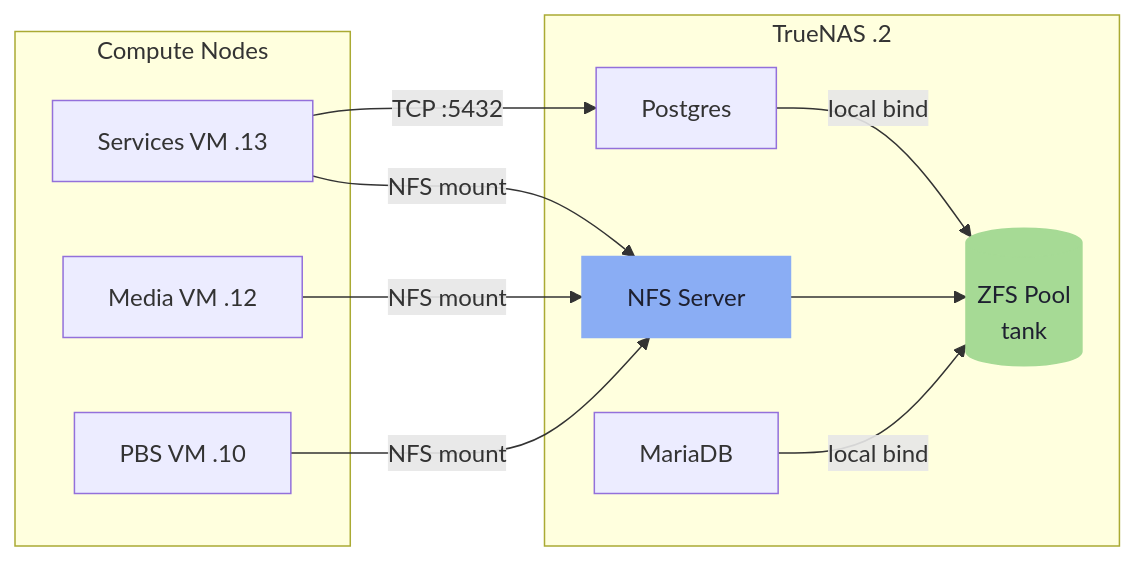
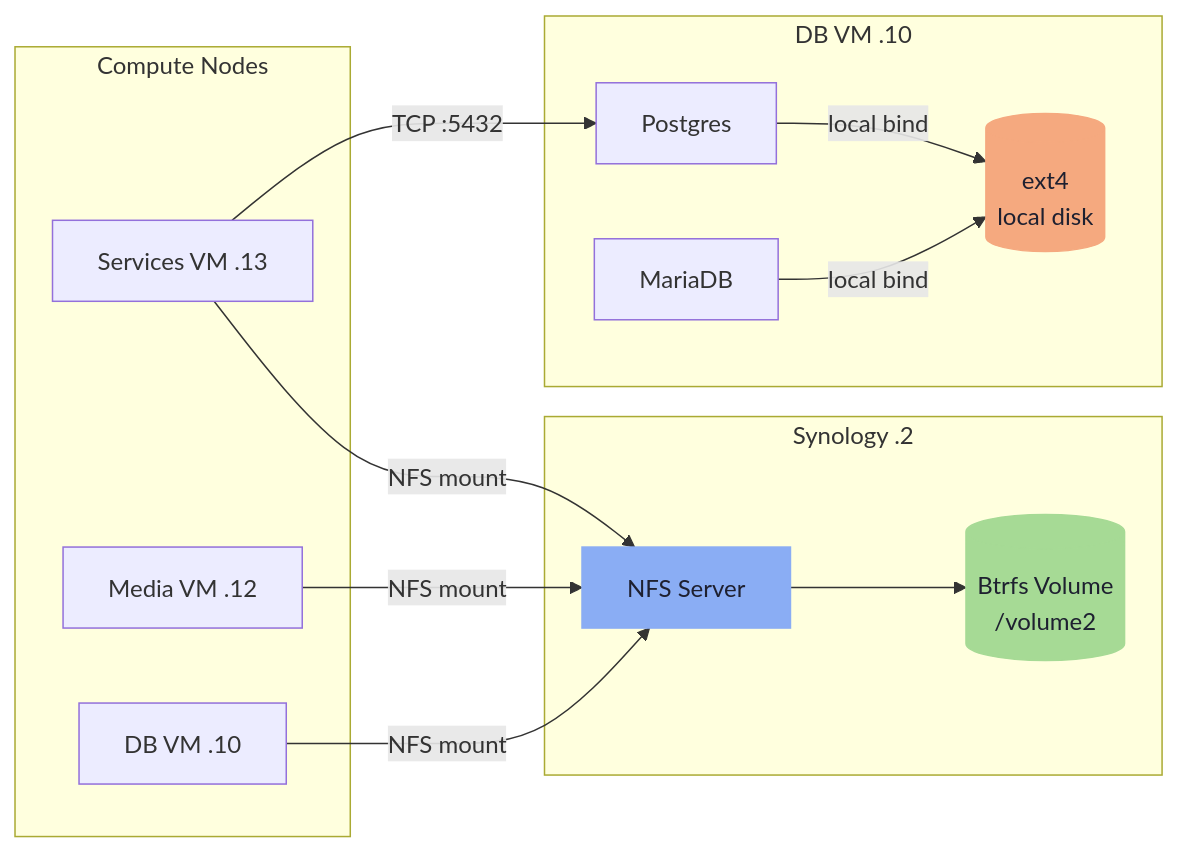
The first of 2 diagrams in docs/stack/storage.md (lucid-void/homelab), drawn with Mermaid before and after one commit. The commit also changed other lines of this file and 6 other files, not shown here.

````diff
--- a/docs/stack/storage.md
+++ b/docs/stack/storage.md
@@ -17,26 +17,31 @@
 ```mermaid
 graph LR
     subgraph Compute["Compute Nodes"]
         SVC[Services VM .13]
         MED[Media VM .12]
-        PBS[PBS VM .10]
+        DB[DB VM .10]
     end
 
-    subgraph TrueNAS["TrueNAS .2"]
+    subgraph Synology["Synology .2"]
         NFS[NFS Server]
-        ZFS[(ZFS Pool<br/>tank)]
+        BTRFS[(Btrfs Volume<br/>/volume2)]
+    end
+
+    subgraph DBHost["DB VM .10"]
         PG[Postgres]
         MB[MariaDB]
+        EXT4[(ext4<br/>local disk)]
     end
 
     SVC -->|NFS mount| NFS
     MED -->|NFS mount| NFS
-    PBS -->|NFS mount| NFS
-    NFS --> ZFS
+    DB -->|NFS mount| NFS
+    NFS --> BTRFS
     SVC -->|TCP :5432| PG
-    PG -->|local bind| ZFS
-    MB -->|local bind| ZFS
+    PG -->|local bind| EXT4
+    MB -->|local bind| EXT4
 
-    style ZFS fill:#a6da95,stroke:#a6da95,color:#1e2030
+    style BTRFS fill:#a6da95,stroke:#a6da95,color:#1e2030
     style NFS fill:#8aadf4,stroke:#8aadf4,color:#1e2030
+    style EXT4 fill:#f5a97f,stroke:#f5a97f,color:#1e2030
 ```
````
